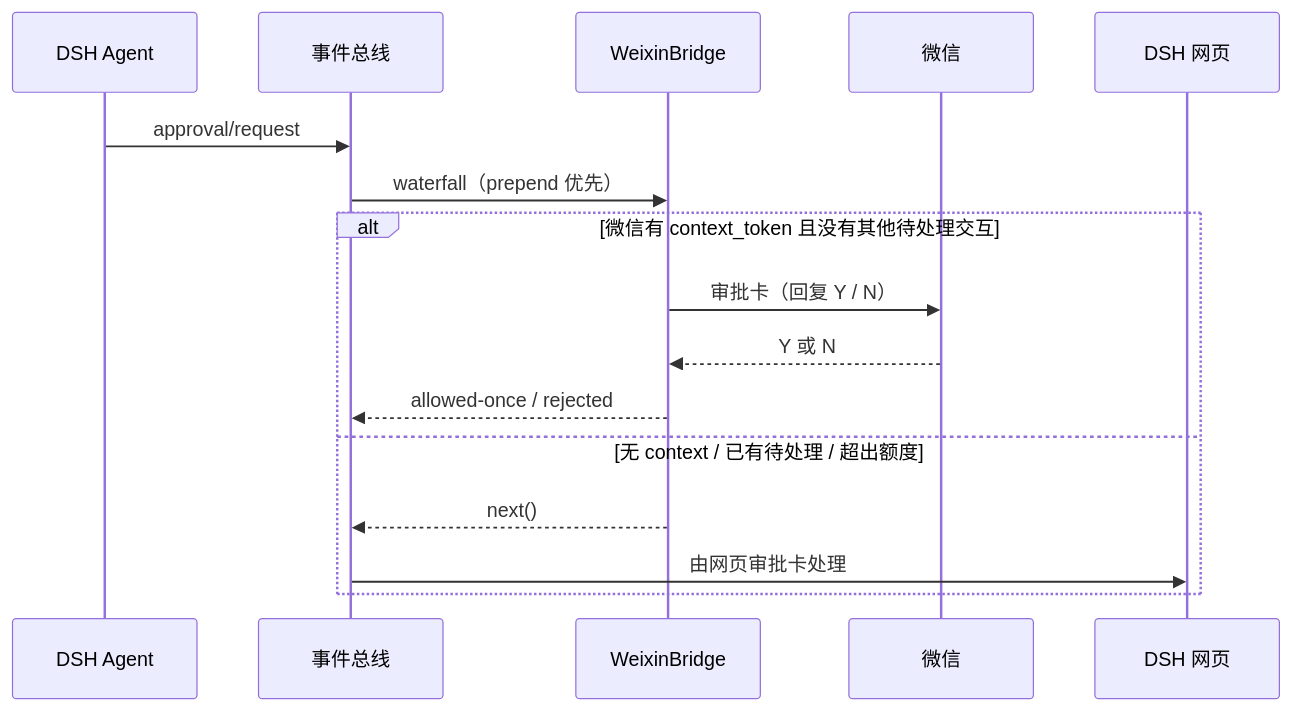
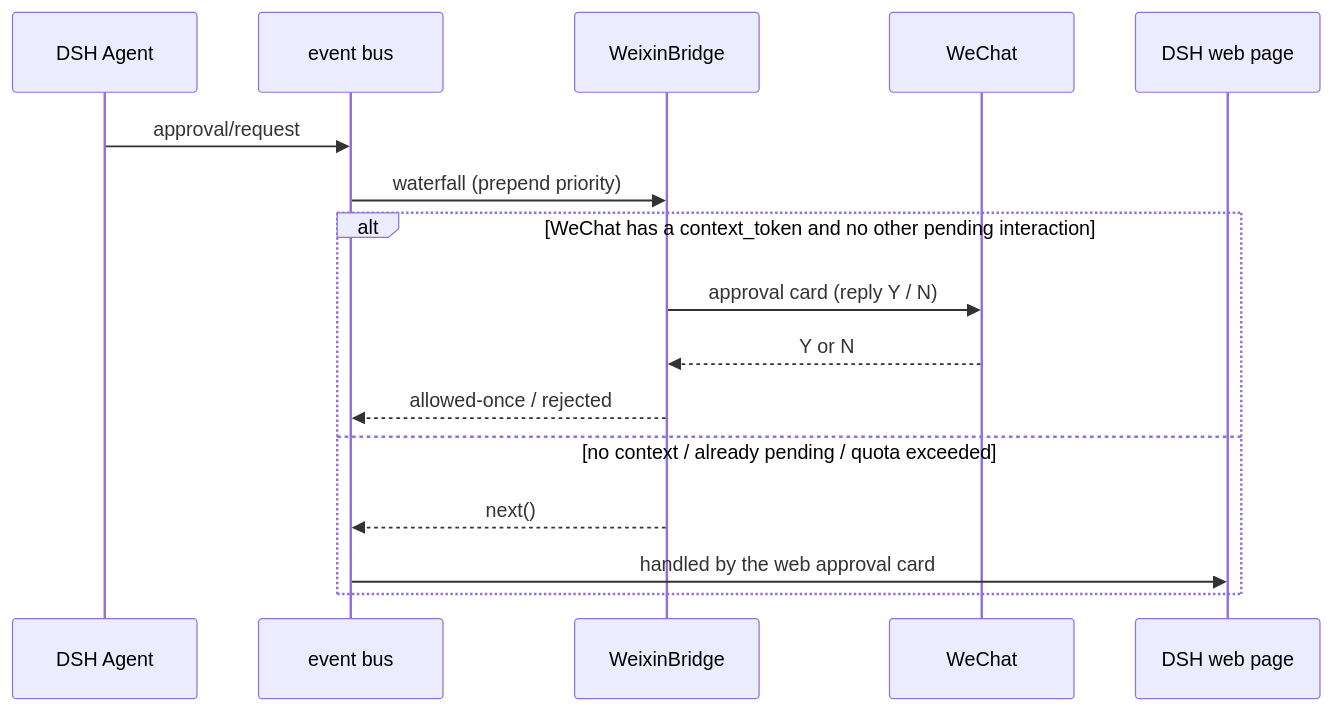
The sixth of 10 diagrams in docs/architecture-flow.md (open2ai/dsh-gateway-mobile), drawn with Mermaid before and after one commit. The commit also changed other lines of this file and 85 other files, not shown here.

````diff
--- a/docs/architecture-flow.md
+++ b/docs/architecture-flow.md
@@ -249,19 +251,19 @@
 ```mermaid
 sequenceDiagram
   participant D as DSH Agent
-  participant E as 事件总线
+  participant E as event bus
   participant B as WeixinBridge
-  participant WX as 微信
-  participant WEB as DSH 网页
+  participant WX as WeChat
+  participant WEB as DSH web page
 
   D->>E: approval/request
-  E->>B: waterfall（prepend 优先）
-  alt 微信有 context_token 且没有其他待处理交互
-    B->>WX: 审批卡（回复 Y / N）
-    WX-->>B: Y 或 N
+  E->>B: waterfall (prepend priority)
+  alt WeChat has a context_token and no other pending interaction
+    B->>WX: approval card (reply Y / N)
+    WX-->>B: Y or N
     B-->>E: allowed-once / rejected
-  else 无 context / 已有待处理 / 超出额度
+  else no context / already pending / quota exceeded
     B-->>E: next()
-    E->>WEB: 由网页审批卡处理
+    E->>WEB: handled by the web approval card
   end
 ```
````
